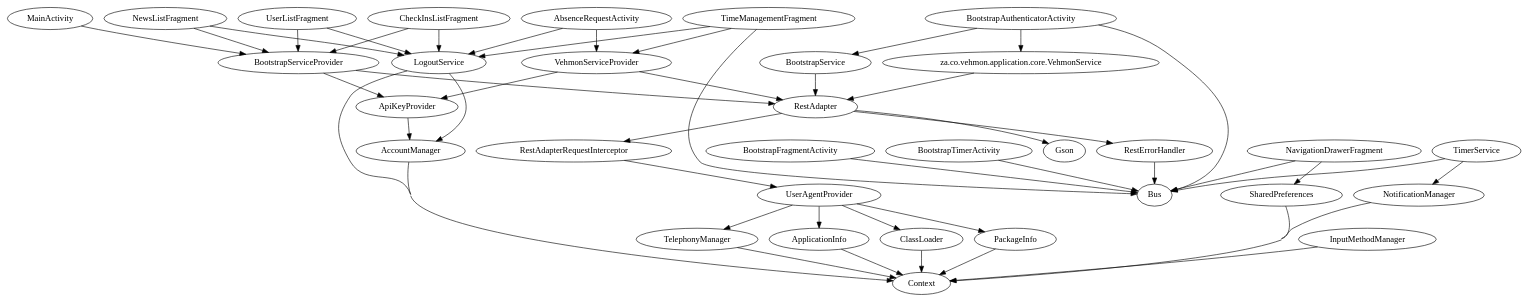
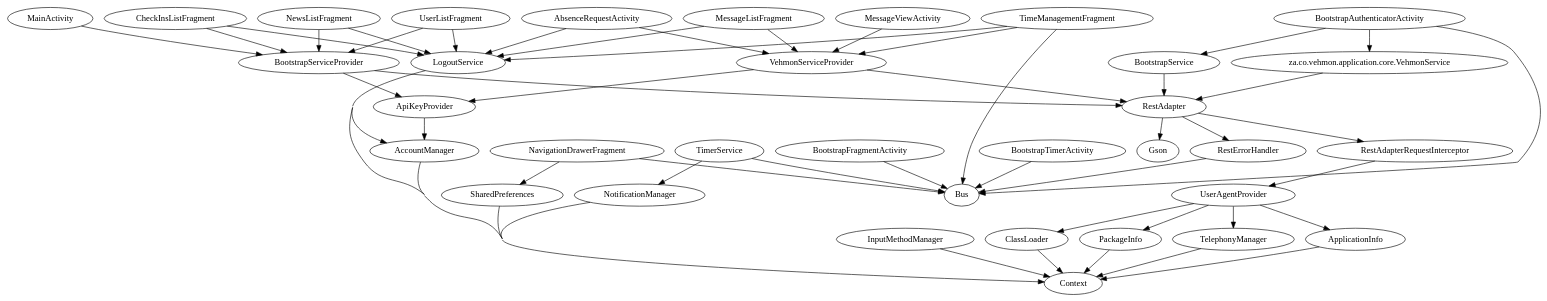
Before and after one commit to Renaldobenji/android-vehmon: the diagram in app/build/intermediates/classes/debug/za/co/vehmon/application/RootModule.dot, drawn with Graphviz. The commit also changed 77 other files, not shown here.

```diff
--- a/app/build/intermediates/classes/debug/za/co/vehmon/application/RootModule.dot
+++ b/app/build/intermediates/classes/debug/za/co/vehmon/application/RootModule.dot
@@ -1,51 +1,54 @@
 digraph G1 {
   concentrate = true;
+  AbsenceRequestActivity -> LogoutService;
   AbsenceRequestActivity -> VehmonServiceProvider;
-  AbsenceRequestActivity -> LogoutService;
   AccountManager -> Context;
   ApiKeyProvider -> AccountManager;
   ApplicationInfo -> Context;
   BootstrapAuthenticatorActivity -> Bus;
   n2 [label="za.co.vehmon.application.core.VehmonService"];
   BootstrapAuthenticatorActivity -> n2;
   BootstrapAuthenticatorActivity -> BootstrapService;
   BootstrapFragmentActivity -> Bus;
   BootstrapService -> RestAdapter;
+  BootstrapServiceProvider -> RestAdapter;
   BootstrapServiceProvider -> ApiKeyProvider;
-  BootstrapServiceProvider -> RestAdapter;
   BootstrapTimerActivity -> Bus;
+  CheckInsListFragment -> LogoutService;
   CheckInsListFragment -> BootstrapServiceProvider;
-  CheckInsListFragment -> LogoutService;
   ClassLoader -> Context;
   InputMethodManager -> Context;
+  LogoutService -> Context;
   LogoutService -> AccountManager;
-  LogoutService -> Context;
   MainActivity -> BootstrapServiceProvider;
+  MessageListFragment -> LogoutService;
+  MessageListFragment -> VehmonServiceProvider;
+  MessageViewActivity -> VehmonServiceProvider;
   NavigationDrawerFragment -> Bus;
   NavigationDrawerFragment -> SharedPreferences;
+  NewsListFragment -> LogoutService;
   NewsListFragment -> BootstrapServiceProvider;
-  NewsListFragment -> LogoutService;
   NotificationManager -> Context;
   PackageInfo -> Context;
+  RestAdapter -> RestErrorHandler;
+  RestAdapter -> Gson;
   RestAdapter -> RestAdapterRequestInterceptor;
-  RestAdapter -> Gson;
-  RestAdapter -> RestErrorHandler;
   RestAdapterRequestInterceptor -> UserAgentProvider;
   RestErrorHandler -> Bus;
   SharedPreferences -> Context;
   TelephonyManager -> Context;
   TimeManagementFragment -> Bus;
+  TimeManagementFragment -> LogoutService;
   TimeManagementFragment -> VehmonServiceProvider;
-  TimeManagementFragment -> LogoutService;
+  TimerService -> NotificationManager;
   TimerService -> Bus;
-  TimerService -> NotificationManager;
-  UserAgentProvider -> ClassLoader;
   UserAgentProvider -> TelephonyManager;
   UserAgentProvider -> PackageInfo;
   UserAgentProvider -> ApplicationInfo;
+  UserAgentProvider -> ClassLoader;
+  UserListFragment -> LogoutService;
   UserListFragment -> BootstrapServiceProvider;
-  UserListFragment -> LogoutService;
+  VehmonServiceProvider -> RestAdapter;
   VehmonServiceProvider -> ApiKeyProvider;
-  VehmonServiceProvider -> RestAdapter;
   n2 -> RestAdapter;
 }
```
